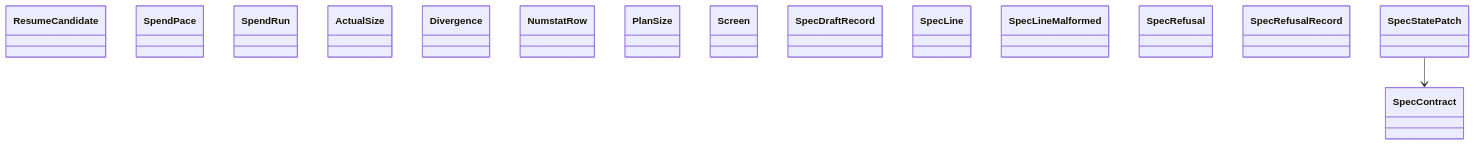
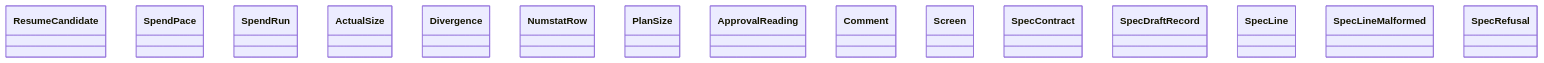
The diagram in docs/architecture/generated/classes-process-domain-state-3.md (GonzaloZevallos/agentic-system), drawn with Mermaid before and after one commit. The commit also changed other lines of this file and 15 other files, not shown here.

First line of the commit message:
Add the pure owner-approval rules for the draft Spec

````diff
--- a/docs/architecture/generated/classes-process-domain-state-3.md
+++ b/docs/architecture/generated/classes-process-domain-state-3.md
@@ -31,19 +31,18 @@
 ```mermaid
 classDiagram
     class rules__ResumeCandidate["ResumeCandidate"]
     class rules__SpendPace["SpendPace"]
     class rules__SpendRun["SpendRun"]
     class size_budget__ActualSize["ActualSize"]
     class size_budget__Divergence["Divergence"]
     class size_budget__NumstatRow["NumstatRow"]
     class size_budget__PlanSize["PlanSize"]
+    class spec_approval__ApprovalReading["ApprovalReading"]
+    class spec_approval__Comment["Comment"]
     class spec_delivery__Screen["Screen"]
     class spec_delivery__SpecContract["SpecContract"]
     class spec_delivery__SpecDraftRecord["SpecDraftRecord"]
     class spec_delivery__SpecLine["SpecLine"]
     class spec_delivery__SpecLineMalformed["SpecLineMalformed"]
     class spec_delivery__SpecRefusal["SpecRefusal"]
-    class spec_delivery__SpecRefusalRecord["SpecRefusalRecord"]
-    class spec_delivery__SpecStatePatch["SpecStatePatch"]
-    spec_delivery__SpecStatePatch --> spec_delivery__SpecContract
 ```
````
